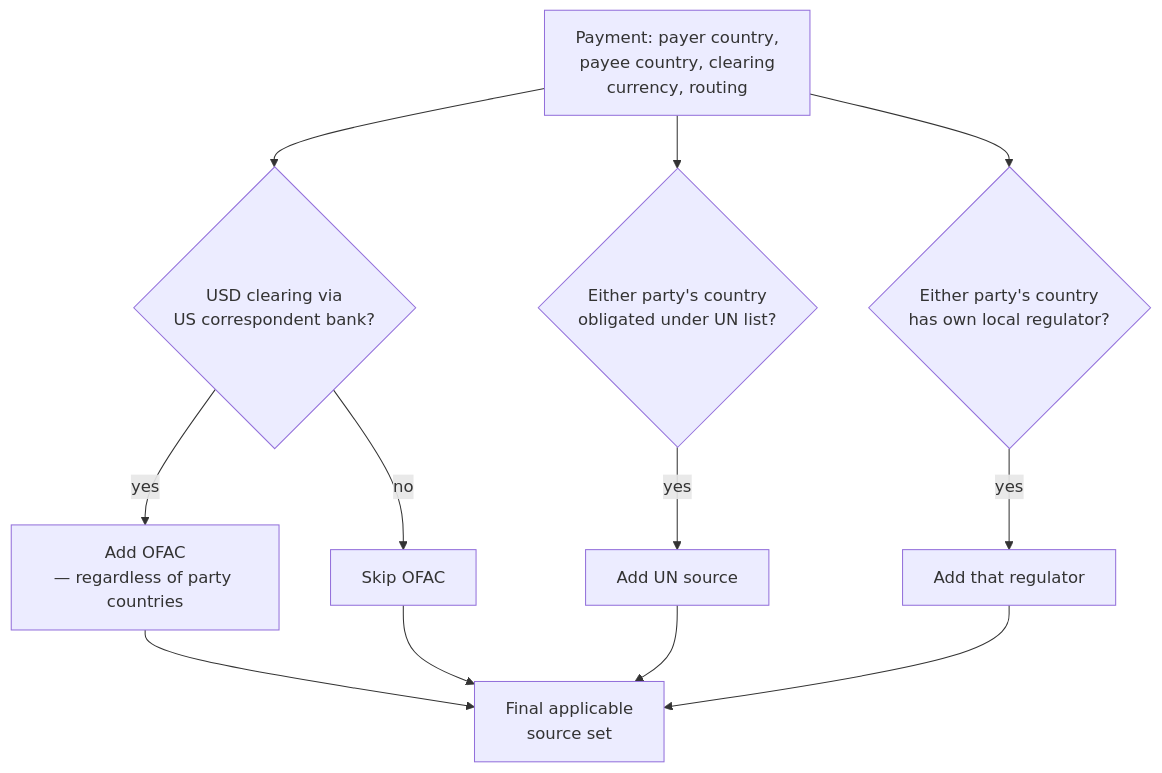
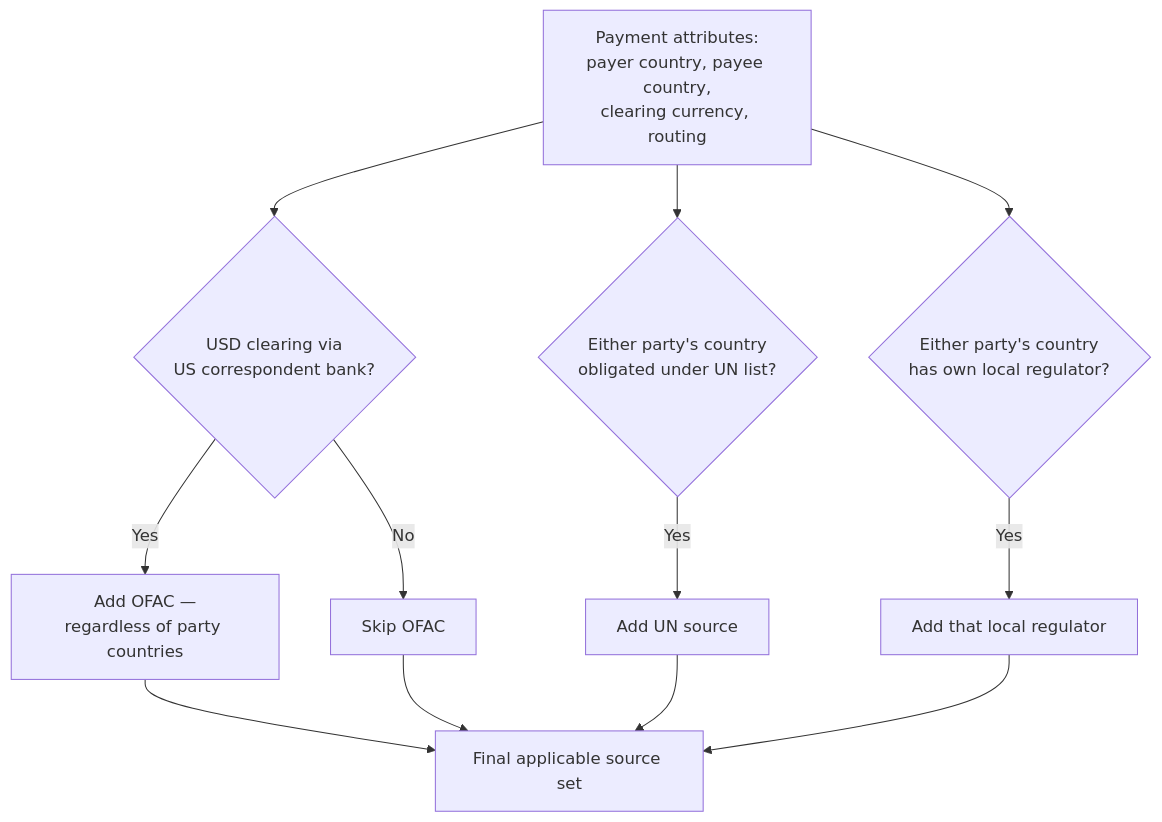
The eighth of 13 diagrams in system-design/HLD/0-course/51-Multi-Source-Sanctioned-Country-Payment-Blocking-FAANG-Guide-story.md (riyaz-pasha/Learnings), drawn with Mermaid before and after one commit. The commit also changed other lines of this file and 1 other file, not shown here.

Commit message:
[REWRITE] Multi-Source Sanctioned Country Payment Blocking story guide: simplify prose, add structure, fix diagrams

````diff
--- a/system-design/HLD/0-course/51-Multi-Source-Sanctioned-Country-Payment-Blocking-FAANG-Guide-story.md
+++ b/system-design/HLD/0-course/51-Multi-Source-Sanctioned-Country-Payment-Blocking-FAANG-Guide-story.md
@@ -314,14 +440,14 @@
 ```mermaid
 flowchart TD
-    A["Payment: payer country,\npayee country, clearing\ncurrency, routing"] --> B{"USD clearing via\nUS correspondent bank?"}
-    B -->|yes| C["Add OFAC\n— regardless of party countries"]
-    B -->|no| D["Skip OFAC"]
-    A --> E{"Either party's country\nobligated under UN list?"}
-    E -->|yes| F["Add UN source"]
-    A --> G{"Either party's country\nhas own local regulator?"}
-    G -->|yes| H["Add that regulator"]
-    C --> I["Final applicable\nsource set"]
+    A["Payment attributes:<br/>payer country, payee country,<br/>clearing currency, routing"] --> B{"USD clearing via<br/>US correspondent bank?"}
+    B -->|Yes| C["Add OFAC —<br/>regardless of party countries"]
+    B -->|No| D["Skip OFAC"]
+    A --> E{"Either party's country<br/>obligated under UN list?"}
+    E -->|Yes| F["Add UN source"]
+    A --> G{"Either party's country<br/>has own local regulator?"}
+    G -->|Yes| H["Add that local regulator"]
+    C --> I["Final applicable source set"]
     D --> I
     F --> I
     H --> I
 ```
````
